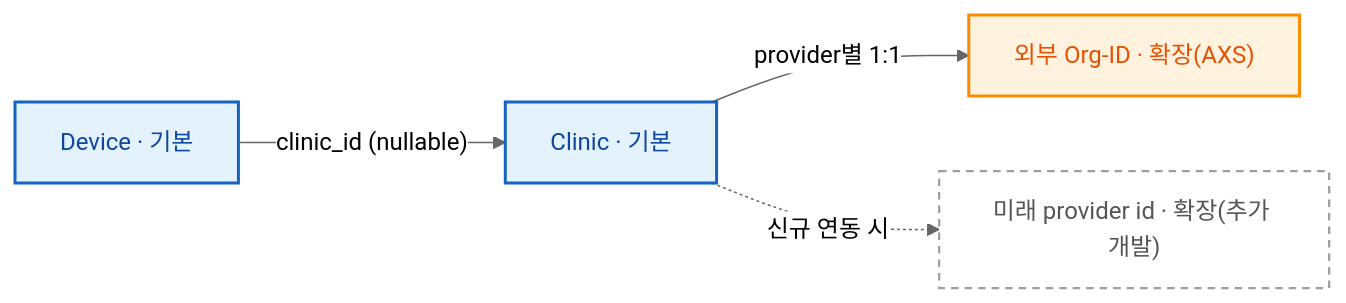
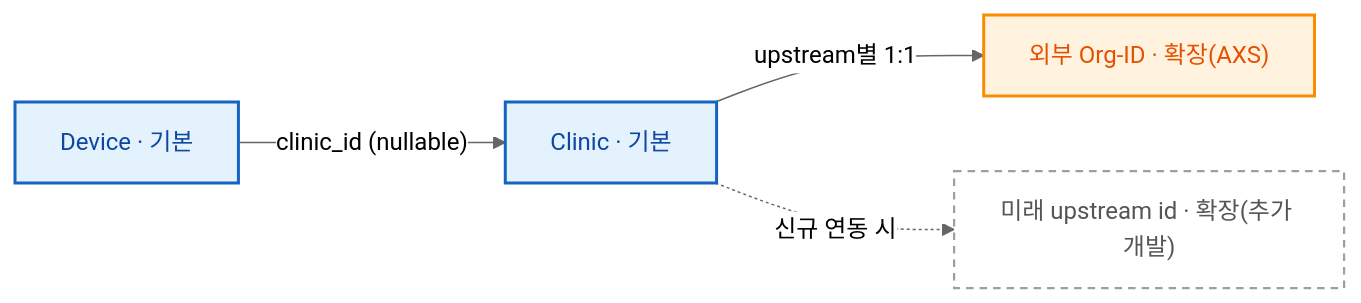
One commit to gracegyu/scp-architecture changed diagram 18 of 19 in docs/VT_API_Gateway/08.VT_API_Gateway/specs/03-srs-gateway/SRS.md. Above: the diagram before and after it, drawn with Mermaid (neutral theme). The commit also changed other lines of this file and 5 other files, not shown here.

````diff
--- a/docs/VT_API_Gateway/08.VT_API_Gateway/specs/03-srs-gateway/SRS.md
+++ b/docs/VT_API_Gateway/08.VT_API_Gateway/specs/03-srs-gateway/SRS.md
@@ -1295,13 +1334,13 @@
 ```mermaid
 flowchart LR
     DEV["Device · 기본"]:::base
     CLI["Clinic · 기본"]:::base
     ORG["외부 Org-ID · 확장(AXS)"]:::ext
-    FUT["미래 provider id · 확장(추가 개발)"]:::fut
+    FUT["미래 upstream id · 확장(추가 개발)"]:::fut
     DEV -->|"clinic_id (nullable)"| CLI
-    CLI -->|"provider별 1:1"| ORG
+    CLI -->|"upstream별 1:1"| ORG
     CLI -.->|"신규 연동 시"| FUT
     classDef base fill:#e3f2fd,stroke:#1565c0,stroke-width:2px,color:#0d47a1
     classDef ext fill:#fff3e0,stroke:#fb8c00,stroke-width:2px,color:#e65100
     classDef fut fill:#ffffff,stroke:#9e9e9e,stroke-width:1.5px,stroke-dasharray:5 4,color:#555
 ```
````
